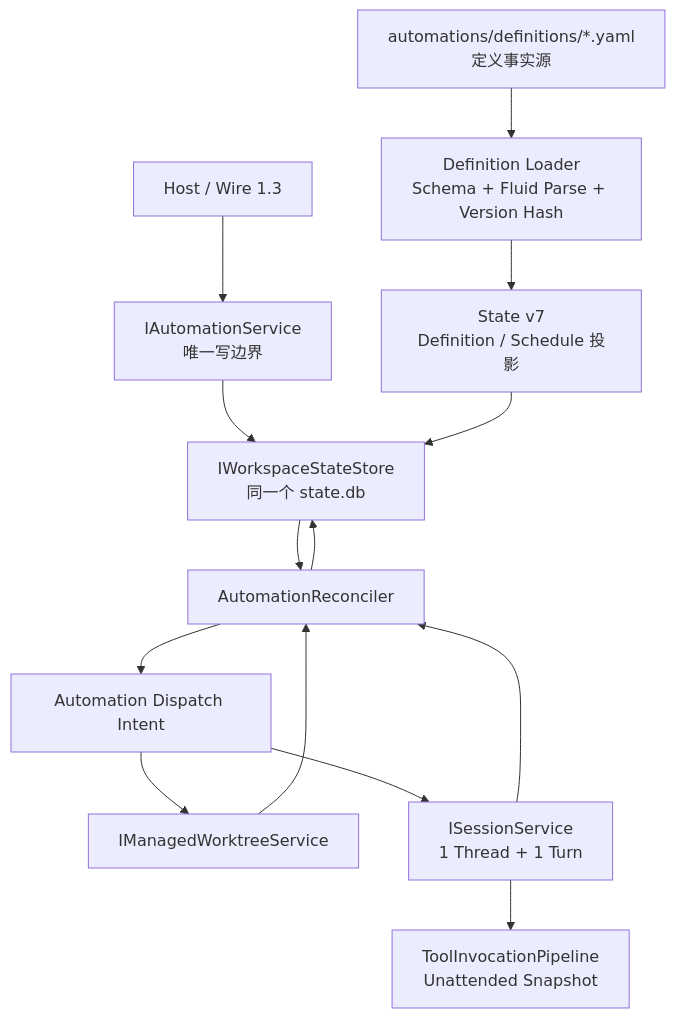
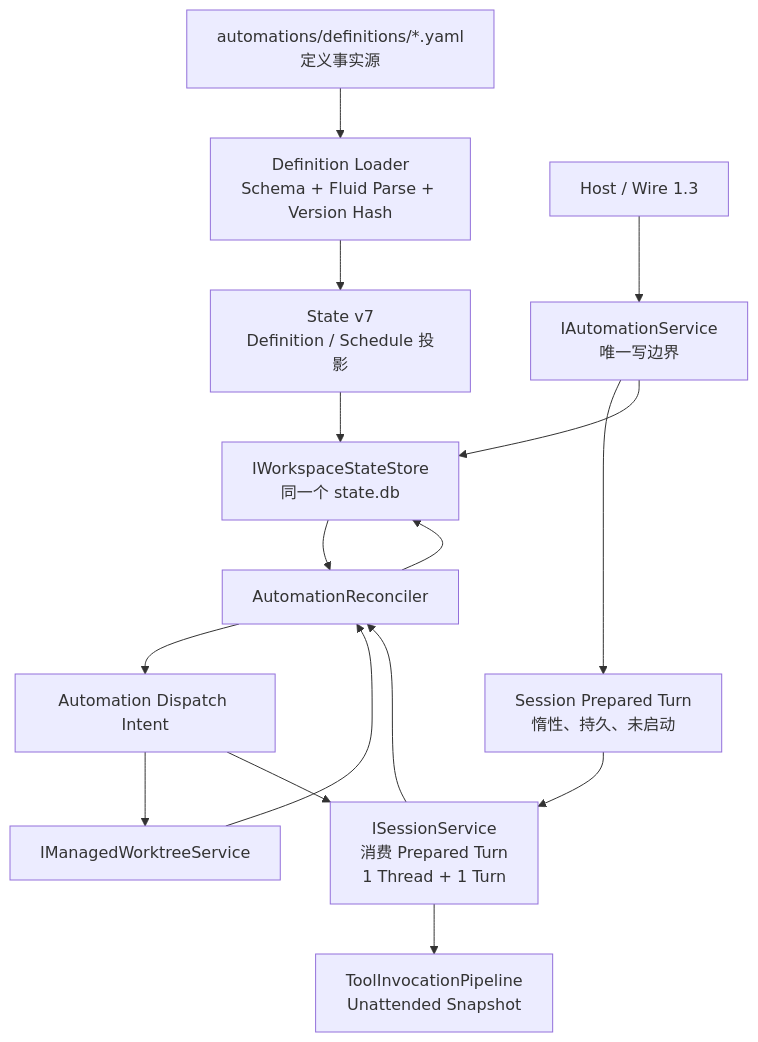
Before and after one commit to doomclouds/OpenCoWork: the diagram in docs/superpowers/specs/2026-07-30-open-cowork-m8-automations-scheduler-design.md, drawn with Mermaid. The commit also changed other lines of this file and 3 other files, not shown here.

````diff
--- a/docs/superpowers/specs/2026-07-30-open-cowork-m8-automations-scheduler-design.md
+++ b/docs/superpowers/specs/2026-07-30-open-cowork-m8-automations-scheduler-design.md
@@ -77,16 +83,18 @@
 ```mermaid
 flowchart TD
     Files["automations/definitions/*.yaml<br/>定义事实源"] --> Loader["Definition Loader<br/>Schema + Fluid Parse + Version Hash"]
     Loader --> Projection["State v7<br/>Definition / Schedule 投影"]
     Wire["Host / Wire 1.3"] --> Service["IAutomationService<br/>唯一写边界"]
+    Service --> Prepared["Session Prepared Turn<br/>惰性、持久、未启动"]
     Service --> State["IWorkspaceStateStore<br/>同一个 state.db"]
     Projection --> State
     State --> Reconciler["AutomationReconciler"]
     Reconciler --> Intent["Automation Dispatch Intent"]
     Intent --> Worktree["IManagedWorktreeService"]
-    Intent --> Session["ISessionService<br/>1 Thread + 1 Turn"]
+    Intent --> Session["ISessionService<br/>消费 Prepared Turn<br/>1 Thread + 1 Turn"]
+    Prepared --> Session
     Session --> Pipeline["ToolInvocationPipeline<br/>Unattended Snapshot"]
     Session --> Reconciler
     Worktree --> Reconciler
     Reconciler --> State
 ```
````
